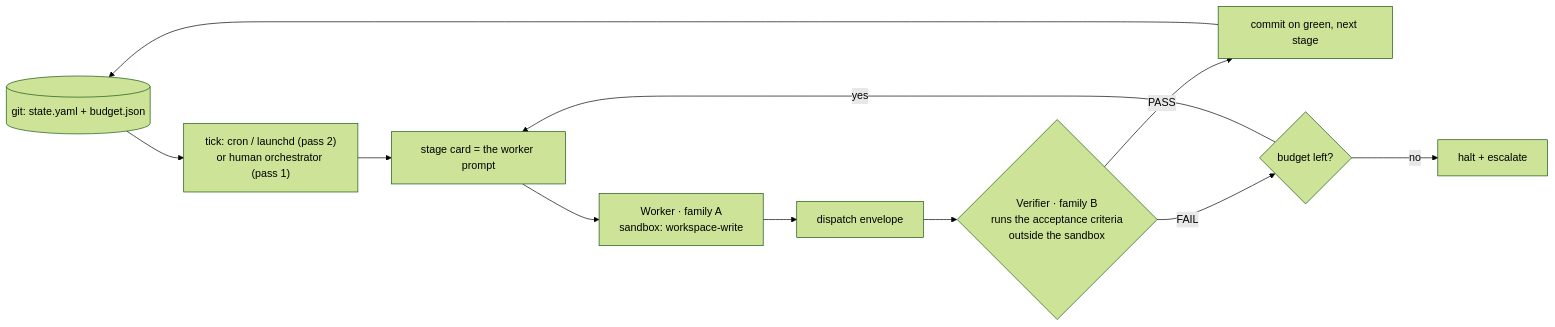
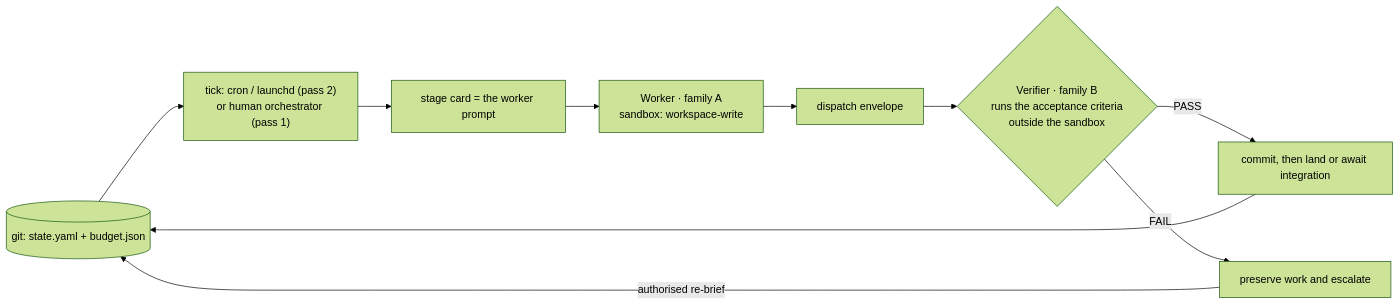
Before and after one commit to aw-pr/autometta-public: the diagram in README.md, drawn with Mermaid (forest theme). The commit also changed other lines of this file and 1 other file, not shown here.

````diff
--- a/README.md
+++ b/README.md
@@ -27,14 +27,13 @@
 ```mermaid
 flowchart LR
   S[("git: state.yaml + budget.json")]
   S --> T["tick: cron / launchd (pass 2)<br/>or human orchestrator (pass 1)"]
   T --> C["stage card = the worker prompt"]
   C --> W["Worker · family A<br/>sandbox: workspace-write"]
   W --> E["dispatch envelope"]
   E --> V{"Verifier · family B<br/>runs the acceptance criteria<br/>outside the sandbox"}
-  V -- PASS --> G["commit on green, next stage"]
-  V -- FAIL --> BUD{"budget left?"}
+  V -- PASS --> G["commit, then land or await integration"]
+  V -- FAIL --> R["preserve work and escalate"]
   G --> S
-  BUD -- yes --> C
-  BUD -- no --> H["halt + escalate"]
+  R -- authorised re-brief --> S
 ```
````
